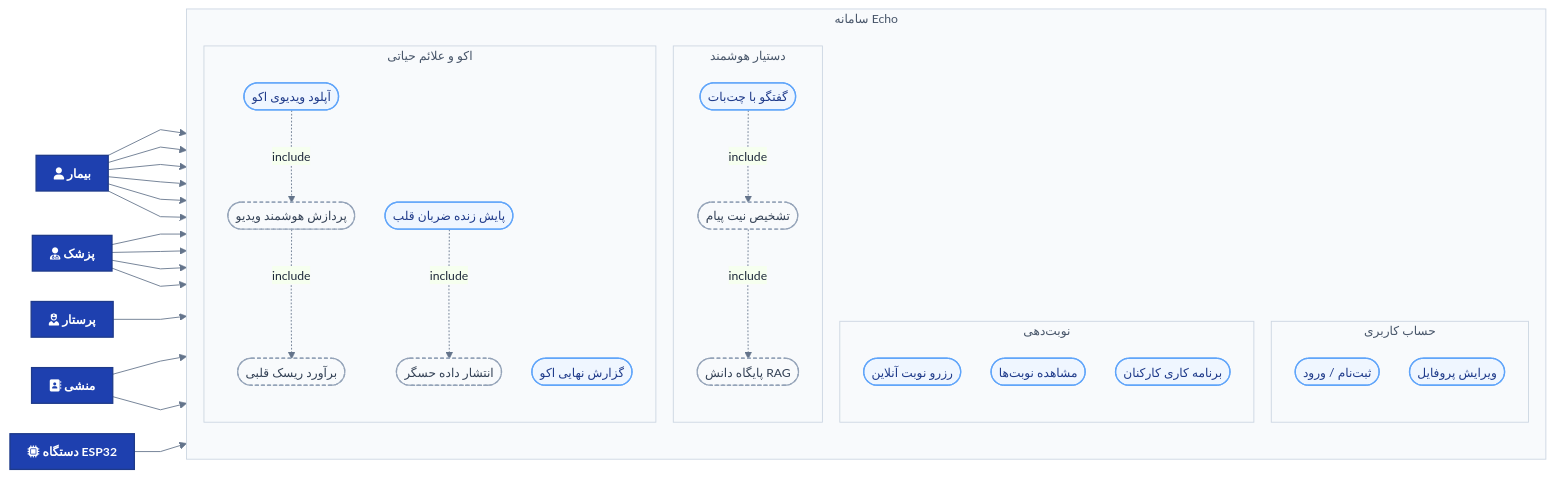
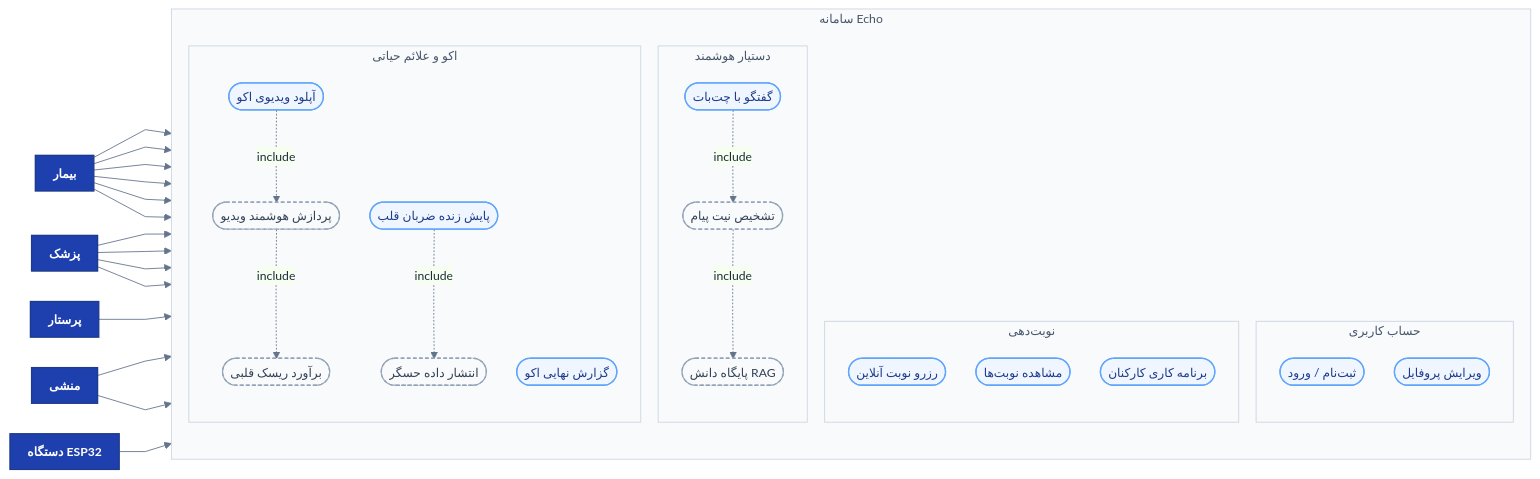
One commit to Mreza-mh/echo_prj changed the diagram in docs/diagrams/v2/01_usecase.mmd. Above: the diagram before and after it, drawn with Mermaid. The commit also changed 20 other files, not shown here.

Commit message:
update mmd diagrams, echo history service, front/back configs

```diff
--- a/docs/diagrams/v2/01_usecase.mmd
+++ b/docs/diagrams/v2/01_usecase.mmd
@@ -1,56 +1,56 @@
 %%{init: {'theme':'base', 'flowchart': {'curve':'linear', 'nodeSpacing':35, 'rankSpacing':60, 'padding':10}, 'themeVariables': {'primaryColor':'#eff6ff','primaryBorderColor':'#1e40af','primaryTextColor':'#1e293b','lineColor':'#64748b','fontSize':'14px'}}}%%
 flowchart LR
     classDef actor fill:#1e40af,stroke:#1e3a8a,stroke-width:1.5px,color:#ffffff,font-weight:bold
     classDef uc fill:#eff6ff,stroke:#60a5fa,stroke-width:1.5px,color:#1e3a8a
     classDef sysUC fill:#f8fafc,stroke:#94a3b8,stroke-width:1.5px,color:#334155,stroke-dasharray:4 3
     classDef grp fill:#f8fafc,stroke:#cbd5e1,stroke-width:1px,color:#475569
 
-    Patient["fa:fa-user بیمار"]:::actor
-    Doctor["fa:fa-user-md پزشک"]:::actor
-    Nurse["fa:fa-user-nurse پرستار"]:::actor
-    Receptionist["fa:fa-address-book منشی"]:::actor
-    ESP32["fa:fa-microchip دستگاه ESP32"]:::actor
+    Patient["بیمار"]:::actor
+    Doctor["پزشک"]:::actor
+    Nurse["پرستار"]:::actor
+    Receptionist["منشی"]:::actor
+    ESP32["دستگاه ESP32"]:::actor
 
     subgraph SYS["سامانه Echo"]
         direction TB
 
         subgraph G1["حساب کاربری"]
             UC1(["ثبت‌نام / ورود"]):::uc
             UC2(["ویرایش پروفایل"]):::uc
         end
 
         subgraph G2["نوبت‌دهی"]
             UC3(["رزرو نوبت آنلاین"]):::uc
             UC4(["مشاهده نوبت‌ها"]):::uc
             UC5(["برنامه کاری کارکنان"]):::uc
         end
 
         subgraph G3["دستیار هوشمند"]
             UC6(["گفتگو با چت‌بات"]):::uc
             UC7(["تشخیص نیت پیام"]):::sysUC
             UC8(["پایگاه دانش RAG"]):::sysUC
         end
 
         subgraph G4["اکو و علائم حیاتی"]
             UC9(["آپلود ویدیوی اکو"]):::uc
             UC10(["پردازش هوشمند ویدیو"]):::sysUC
             UC11(["برآورد ریسک قلبی"]):::sysUC
             UC12(["گزارش نهایی اکو"]):::uc
             UC13(["پایش زنده ضربان قلب"]):::uc
             UC14(["انتشار داده حسگر"]):::sysUC
         end
     end
 
     class G1,G2,G3,G4,SYS grp
 
     Patient --> UC1 & UC2 & UC3 & UC6 & UC12 & UC13
     Doctor --> UC1 & UC4 & UC9 & UC12
     Nurse --> UC13
     Receptionist --> UC3 & UC5
     ESP32 --> UC14
 
     UC6 -.include.-> UC7
     UC7 -.include.-> UC8
     UC9 -.include.-> UC10
     UC10 -.include.-> UC11
     UC13 -.include.-> UC14
```
